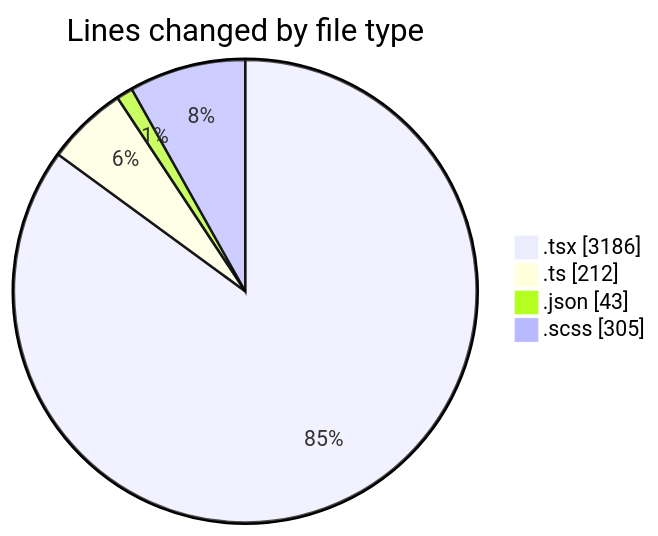
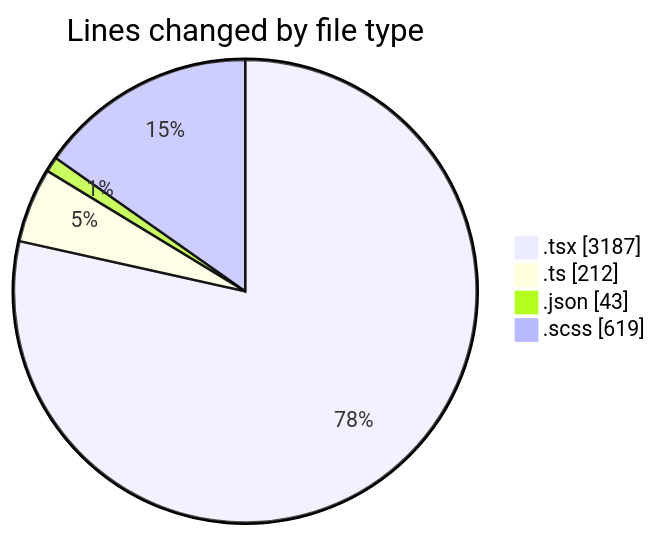
One commit to momahboobian/code-tracking changed the first of 2 diagrams in 2025-09-23/cda/README.md. Above: the diagram before and after it, drawn with Mermaid. The commit also changed other lines of this file and 1 other file, not shown here.

````diff
--- a/2025-09-23/cda/README.md
+++ b/2025-09-23/cda/README.md
@@ -31,8 +31,8 @@
 ```mermaid
 pie showData
 title Lines changed by file type
-".tsx" : 3186
+".tsx" : 3187
 ".ts" : 212
 ".json" : 43
-".scss" : 305
+".scss" : 619
 ```
````
